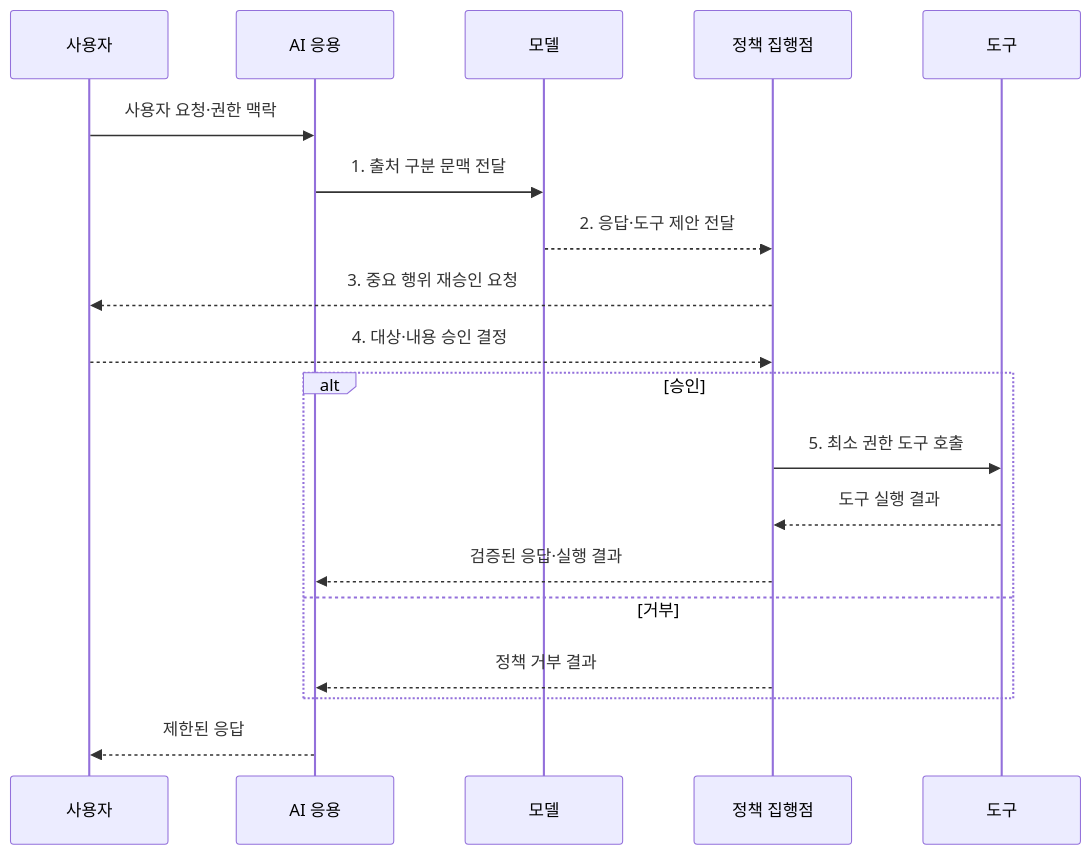
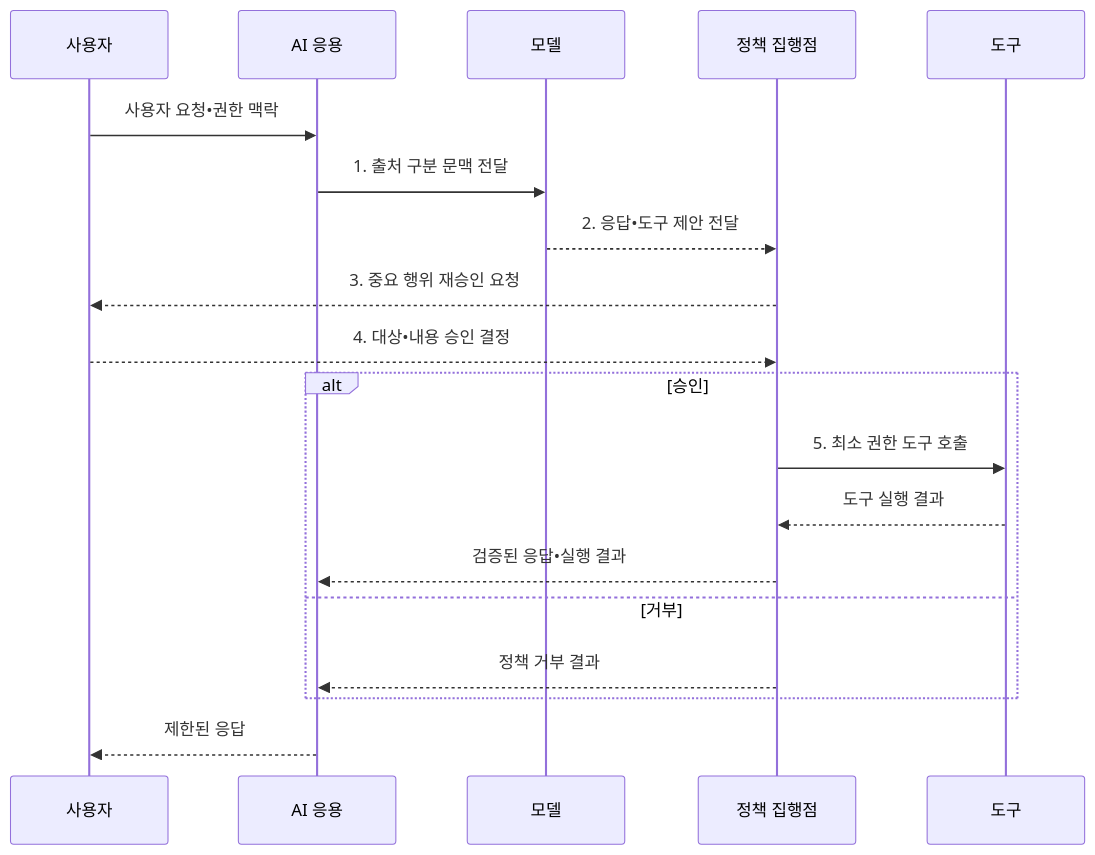
One commit to agnusdei1207/knowledge-base changed the second of 2 diagrams in src/content/docs/notes/05-security/079_prompt_injection.md. Above: the diagram before and after it, drawn with Mermaid. The commit also changed other lines of this file and 953 other files, not shown here.

````diff
--- a/src/content/docs/notes/05-security/079_prompt_injection.md
+++ b/src/content/docs/notes/05-security/079_prompt_injection.md
@@ -99,21 +99,21 @@
 ```mermaid
 sequenceDiagram
     participant U as 사용자
     participant A as AI 응용
     participant M as 모델
     participant P as 정책 집행점
     participant T as 도구
-    U->>A: 사용자 요청·권한 맥락
+    U->>A: 사용자 요청•권한 맥락
     A->>M: 1. 출처 구분 문맥 전달
-    M-->>P: 2. 응답·도구 제안 전달
+    M-->>P: 2. 응답•도구 제안 전달
     P-->>U: 3. 중요 행위 재승인 요청
-    U-->>P: 4. 대상·내용 승인 결정
+    U-->>P: 4. 대상•내용 승인 결정
     alt 승인
         P->>T: 5. 최소 권한 도구 호출
         T-->>P: 도구 실행 결과
-        P-->>A: 검증된 응답·실행 결과
+        P-->>A: 검증된 응답•실행 결과
     else 거부
         P-->>A: 정책 거부 결과
     end
     A-->>U: 제한된 응답
 ```
````
